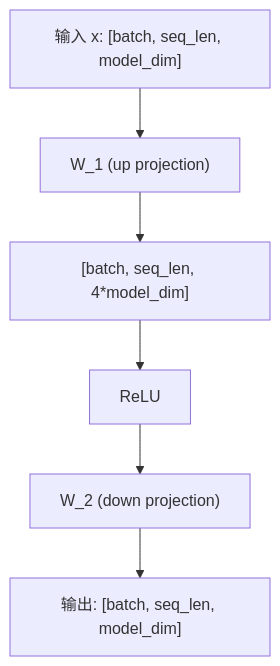
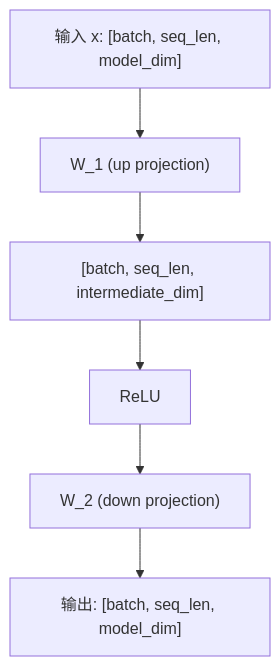
The eighth of 14 diagrams in README.md (lyc61c/LLM-Interview-Code), drawn with Mermaid before and after one commit. The commit also changed other lines of this file and 1 other file, not shown here.

````diff
--- a/README.md
+++ b/README.md
@@ -492,9 +434,9 @@
 ```mermaid
 flowchart TD
     X["输入 x: [batch, seq_len, model_dim]"]
     X --> W1["W_1 (up projection)"]
-    W1 --> Hidden["[batch, seq_len, 4*model_dim]"]
+    W1 --> Hidden["[batch, seq_len, intermediate_dim]"]
     Hidden --> ReLU["ReLU"]
     ReLU --> W2["W_2 (down projection)"]
     W2 --> Output["输出: [batch, seq_len, model_dim]"]
 ```
````
